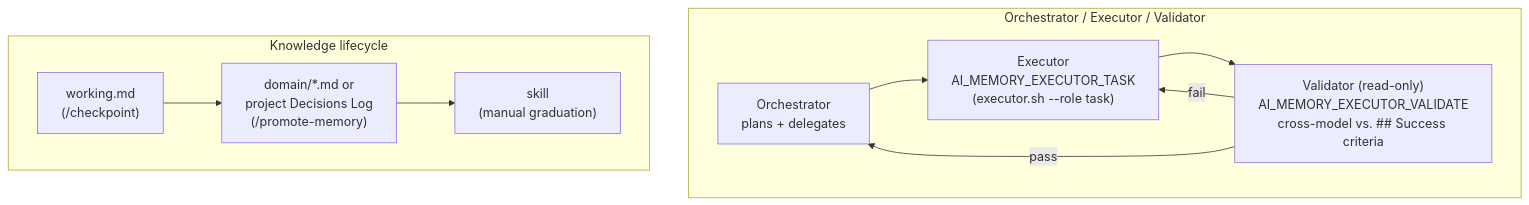
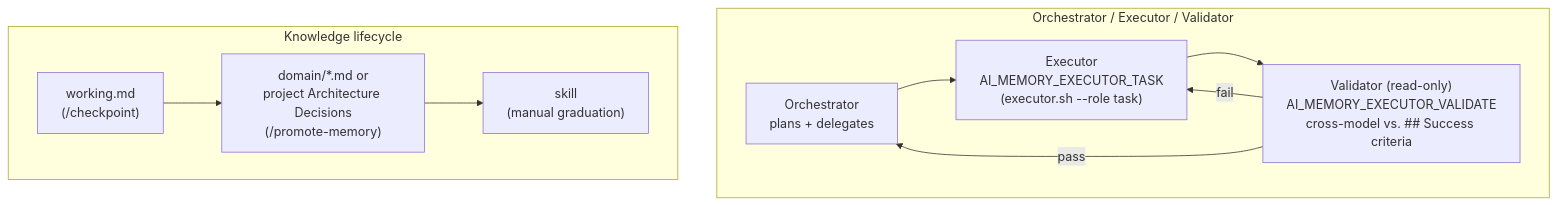
One commit to seyio91/ai-memory-system changed the third of 4 diagrams in docs/showcase.md. Above: the diagram before and after it, drawn with Mermaid. The commit also changed other lines of this file and 20 other files, not shown here.

First line of the commit message:
feat(memory-template): rework project memory.md around include/leave-out test (#120)

````diff
--- a/docs/showcase.md
+++ b/docs/showcase.md
@@ -244,14 +244,14 @@
 ```mermaid
 flowchart TB
   subgraph OEV["Orchestrator / Executor / Validator"]
     direction LR
     O["Orchestrator<br/>plans + delegates"] --> X["Executor<br/>AI_MEMORY_EXECUTOR_TASK<br/>(executor.sh --role task)"]
     X --> V["Validator (read-only)<br/>AI_MEMORY_EXECUTOR_VALIDATE<br/>cross-model vs. ## Success criteria"]
     V -- pass --> O
     V -- fail --> X
   end
   subgraph LC["Knowledge lifecycle"]
     direction LR
-    W["working.md<br/>(/checkpoint)"] --> M["domain/*.md or<br/>project Decisions Log<br/>(/promote-memory)"] --> K["skill<br/>(manual graduation)"]
+    W["working.md<br/>(/checkpoint)"] --> M["domain/*.md or<br/>project Architecture Decisions<br/>(/promote-memory)"] --> K["skill<br/>(manual graduation)"]
   end
 ```
````
